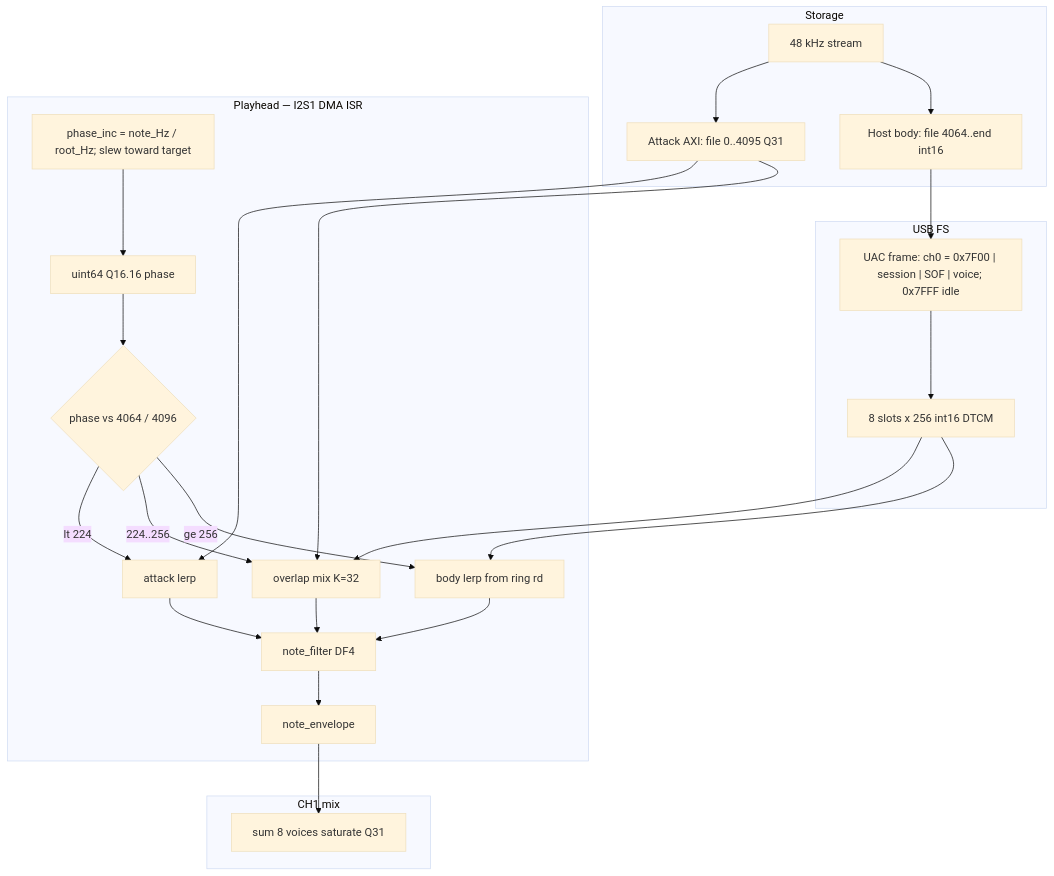
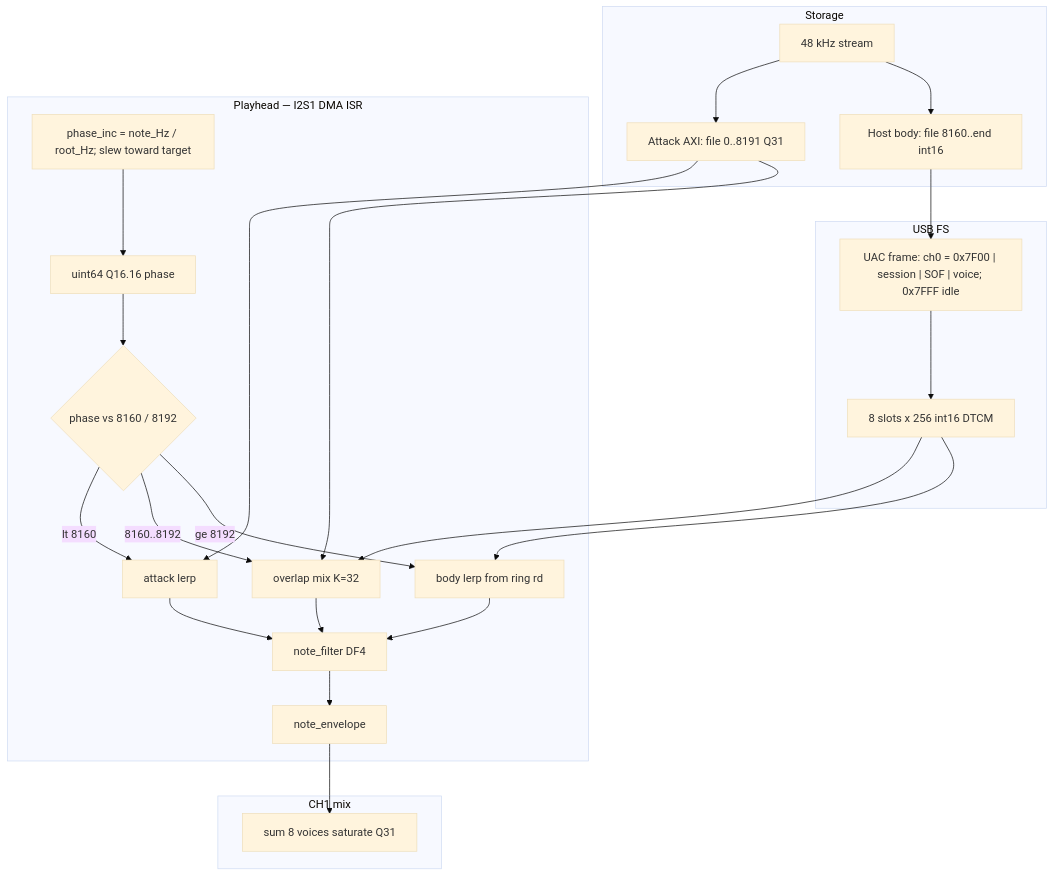
Before and after one commit to narendrabhatt-freshwater/firmware: the second of 5 diagrams in docs/diagrams/card_data_flow.md, drawn with Mermaid (base theme). The commit also changed other lines of this file and 9 other files, not shown here.

````diff
--- a/docs/diagrams/card_data_flow.md
+++ b/docs/diagrams/card_data_flow.md
@@ -66,45 +66,45 @@
 ```mermaid
 flowchart TB
   subgraph store [Storage]
     File["48 kHz stream"]
-    Atk["Attack AXI: file 0..4095 Q31"]
-    Body["Host body: file 4064..end int16"]
+    Atk["Attack AXI: file 0..8191 Q31"]
+    Body["Host body: file 8160..end int16"]
     File --> Atk
     File --> Body
   end
 
   subgraph usb [USB FS]
     Tag["UAC frame: ch0 = 0x7F00 | session | SOF | voice; 0x7FFF idle"]
     Slots["8 slots x 256 int16 DTCM"]
     Body --> Tag --> Slots
   end
 
   subgraph play [Playhead — I2S1 DMA ISR]
     Ph["uint64 Q16.16 phase"]
     Inc["phase_inc = note_Hz / root_Hz; slew toward target"]
-    Join{"phase vs 4064 / 4096"}
+    Join{"phase vs 8160 / 8192"}
     AtkOnly["attack lerp"]
     Xfade["overlap mix K=32"]
     BodyOnly["body lerp from ring rd"]
     Lpf["note_filter DF4"]
     Env["note_envelope"]
     Ph --> Join
     Inc --> Ph
     Atk --> AtkOnly
     Atk --> Xfade
     Slots --> Xfade
     Slots --> BodyOnly
-    Join -->|lt 224| AtkOnly
-    Join -->|224..256| Xfade
-    Join -->|ge 256| BodyOnly
+    Join -->|lt 8160| AtkOnly
+    Join -->|8160..8192| Xfade
+    Join -->|ge 8192| BodyOnly
     AtkOnly --> Lpf
     Xfade --> Lpf
     BodyOnly --> Lpf
     Lpf --> Env
   end
 
   subgraph mix [CH1 mix]
     Sum["sum 8 voices saturate Q31"]
     Env --> Sum
   end
 ```
````
